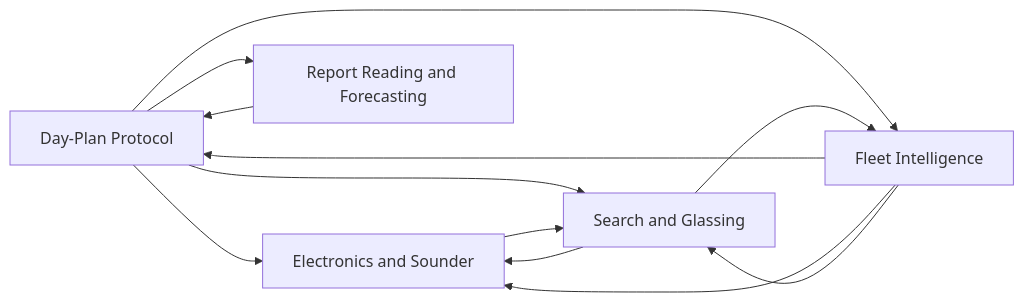
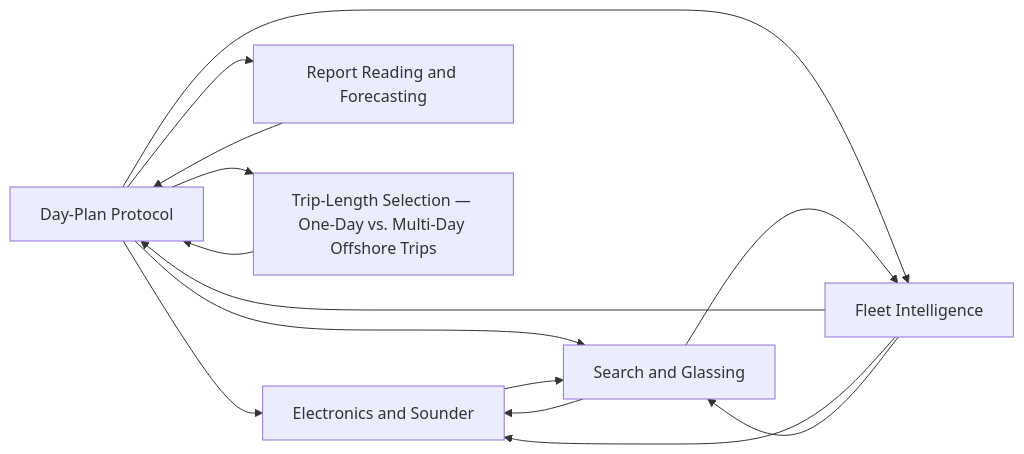
One commit to camchuckpete-max/Socal-Fishing-Knowledge changed the diagram in planning/README.md. Above: the diagram before and after it, drawn with Mermaid. The commit also changed other lines of this file and 5 other files, not shown here.

````diff
--- a/planning/README.md
+++ b/planning/README.md
@@ -18,19 +19,22 @@
 ```mermaid
 graph LR
   n0["Day-Plan Protocol"]
   n1["Electronics and Sounder"]
   n2["Fleet Intelligence"]
   n3["Report Reading and Forecasting"]
   n4["Search and Glassing"]
+  n5["Trip-Length Selection — One-Day vs. Multi-Day Offshore Trips"]
   n0 --> n1
   n0 --> n2
   n0 --> n3
   n0 --> n4
+  n0 --> n5
   n1 --> n4
   n2 --> n0
   n2 --> n1
   n2 --> n4
   n3 --> n0
   n4 --> n1
   n4 --> n2
+  n5 --> n0
 ```
````
